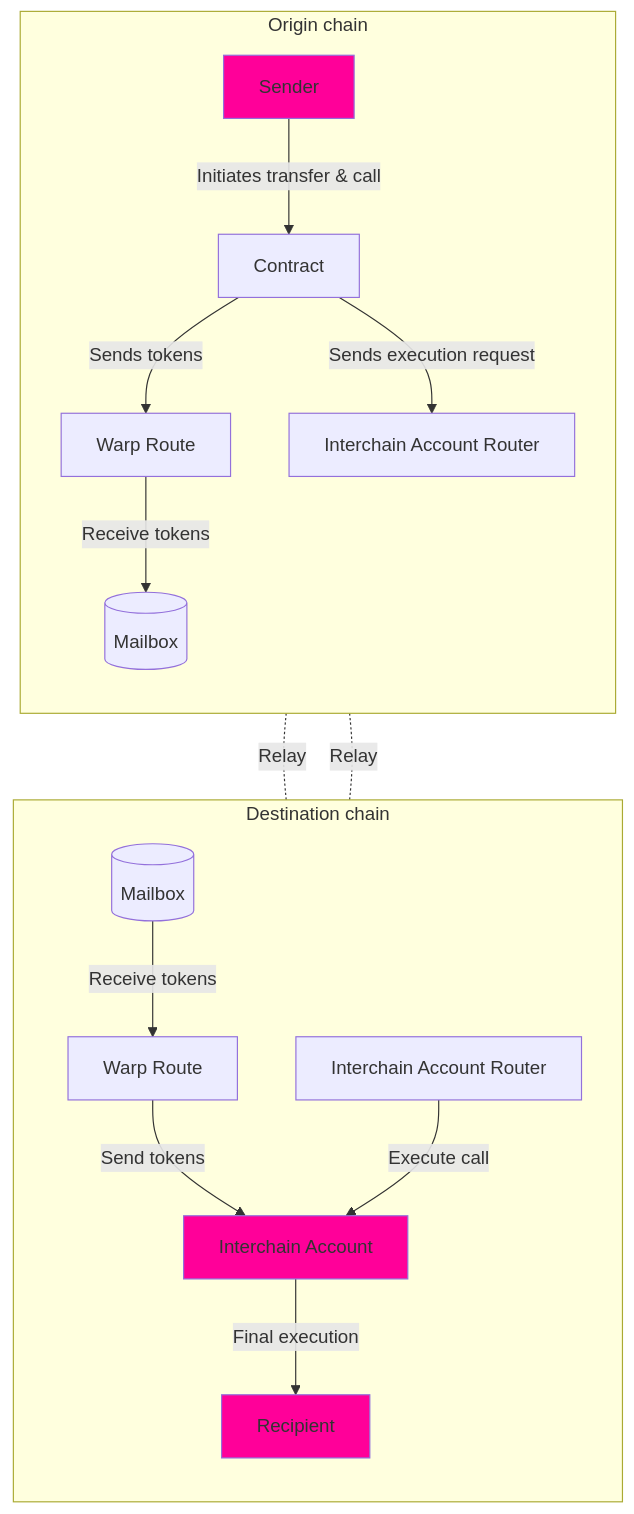
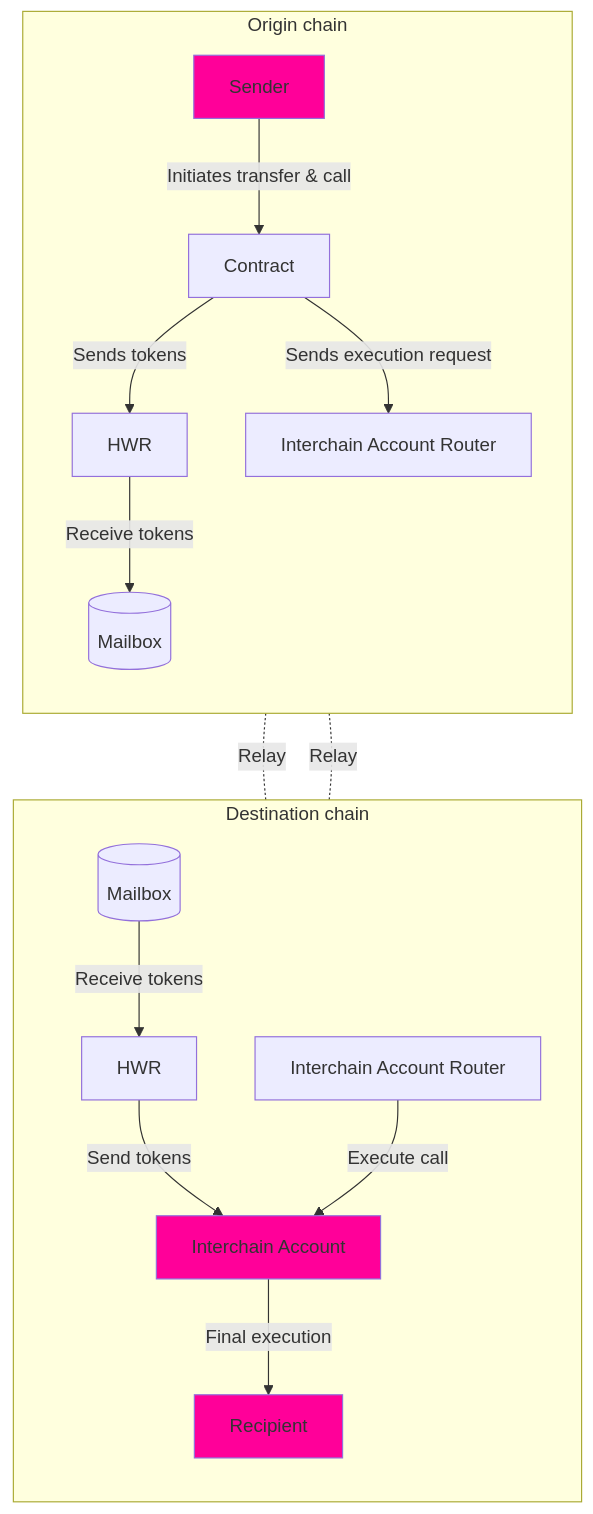
The diagram in docs/guides/warp-routes/evm/transfer-and-call-pattern.mdx (hyperlane-xyz/v4-docs), drawn with Mermaid before and after one commit. The commit also changed other lines of this file and 34 other files, not shown here.

Commit message:
chore: chnage warp routes to hyperlane warp routes (hwr)

````diff
--- a/docs/guides/warp-routes/evm/transfer-and-call-pattern.mdx
+++ b/docs/guides/warp-routes/evm/transfer-and-call-pattern.mdx
@@ -21,39 +21,39 @@
 ```mermaid
 flowchart TB
     subgraph Origin chain
     direction TB
       Sender
       Contract
       ICA_Router_O[Interchain Account Router]
-      Warp_Route_O[Warp Route]
+      Warp_Route_O[HWR]
       Mailbox_O[(Mailbox)]
     end
 
     subgraph Destination chain
     direction TB
       Mailbox_D[(Mailbox)]
-      Warp_Route_D[Warp Route]
+      Warp_Route_D[HWR]
       ICA_Router_D[Interchain Account Router]
       ICA[Interchain Account]
       Recipient
     end
 
     Sender -->|Initiates transfer & call| Contract
     Contract -->|Sends tokens| Warp_Route_O
     Warp_Route_O -->|Receive tokens| Mailbox_O
     Mailbox_O -. "Relay" .- Mailbox_D
     Mailbox_D -->|Receive tokens| Warp_Route_D
     Warp_Route_D -->|Send tokens| ICA
     Contract -->|Sends execution request| ICA_Router_O
     ICA_Router_O -. "Relay" .- ICA_Router_D
     ICA_Router_D -->|Execute call| ICA
     ICA -->|Final execution| Recipient
 
     click ICA_Router_O https://github.com/hyperlane-xyz/hyperlane-monorepo/blob/main/solidity/contracts/middleware/InterchainAccountRouter.sol
     click ICA_Router_D https://github.com/hyperlane-xyz/hyperlane-monorepo/blob/main/solidity/contracts/middleware/InterchainAccountRouter.sol
 
     style Sender fill:#FF0099
     style ICA fill:#FF0099
     style Recipient fill:#FF0099
 
 ```
````
